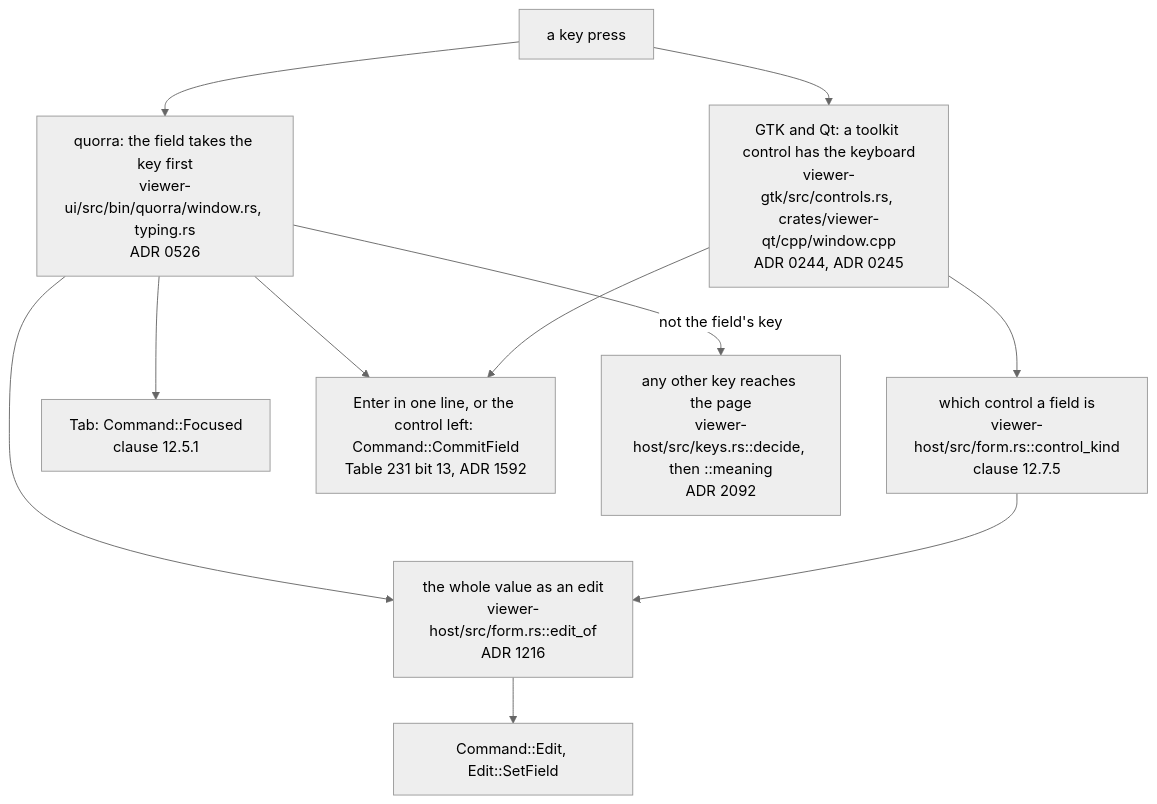
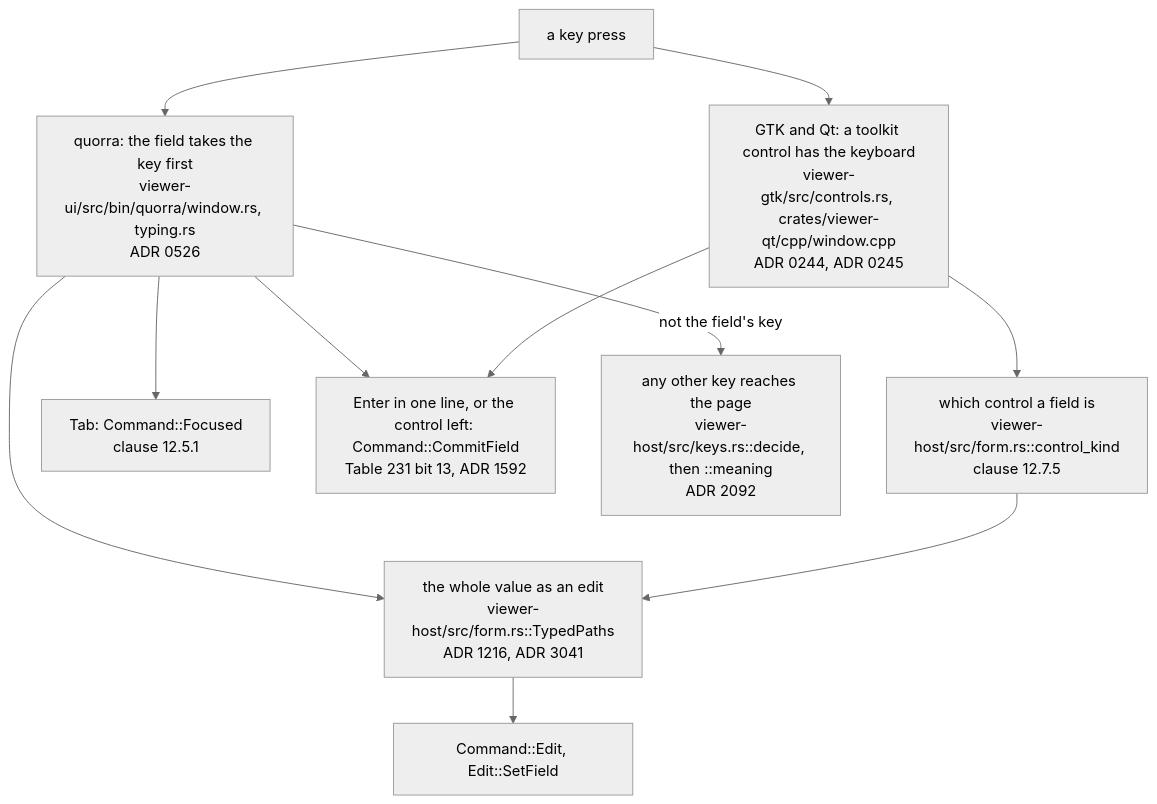
One commit to close2/pdf-viewer changed the third of 7 diagrams in doc/teaching/how-a-form-field-is-filled.md. Above: the diagram before and after it, drawn with Mermaid (neutral theme). The commit also changed other lines of this file and 38 other files, not shown here.

````diff
--- a/doc/teaching/how-a-form-field-is-filled.md
+++ b/doc/teaching/how-a-form-field-is-filled.md
@@ -204,23 +205,23 @@
 ```mermaid
 flowchart TD
     PRESS["a key press"]
     QUO["quorra: the field takes the key first<br/>viewer-ui/src/bin/quorra/window.rs, typing.rs<br/>ADR 0526"]
     TK["GTK and Qt: a toolkit control has the keyboard<br/>viewer-gtk/src/controls.rs, crates/viewer-qt/cpp/window.cpp<br/>ADR 0244, ADR 0245"]
     KIND["which control a field is<br/>viewer-host/src/form.rs::control_kind<br/>clause 12.7.5"]
-    EDIT["the whole value as an edit<br/>viewer-host/src/form.rs::edit_of<br/>ADR 1216"]
+    EDIT["the whole value as an edit<br/>viewer-host/src/form.rs::TypedPaths<br/>ADR 1216, ADR 3041"]
     SET["Command::Edit, Edit::SetField"]
     TAB["Tab: Command::Focused<br/>clause 12.5.1"]
     COMMIT["Enter in one line, or the control left: Command::CommitField<br/>Table 231 bit 13, ADR 1592"]
     PAGEKEY["any other key reaches the page<br/>viewer-host/src/keys.rs::decide, then ::meaning<br/>ADR 2092"]
 
     PRESS --> QUO
     PRESS --> TK
     TK --> KIND
     QUO --> EDIT
     KIND --> EDIT
     EDIT --> SET
     QUO --> TAB
     QUO --> COMMIT
     TK --> COMMIT
     QUO -->|"not the field's key"| PAGEKEY
 ```
````
